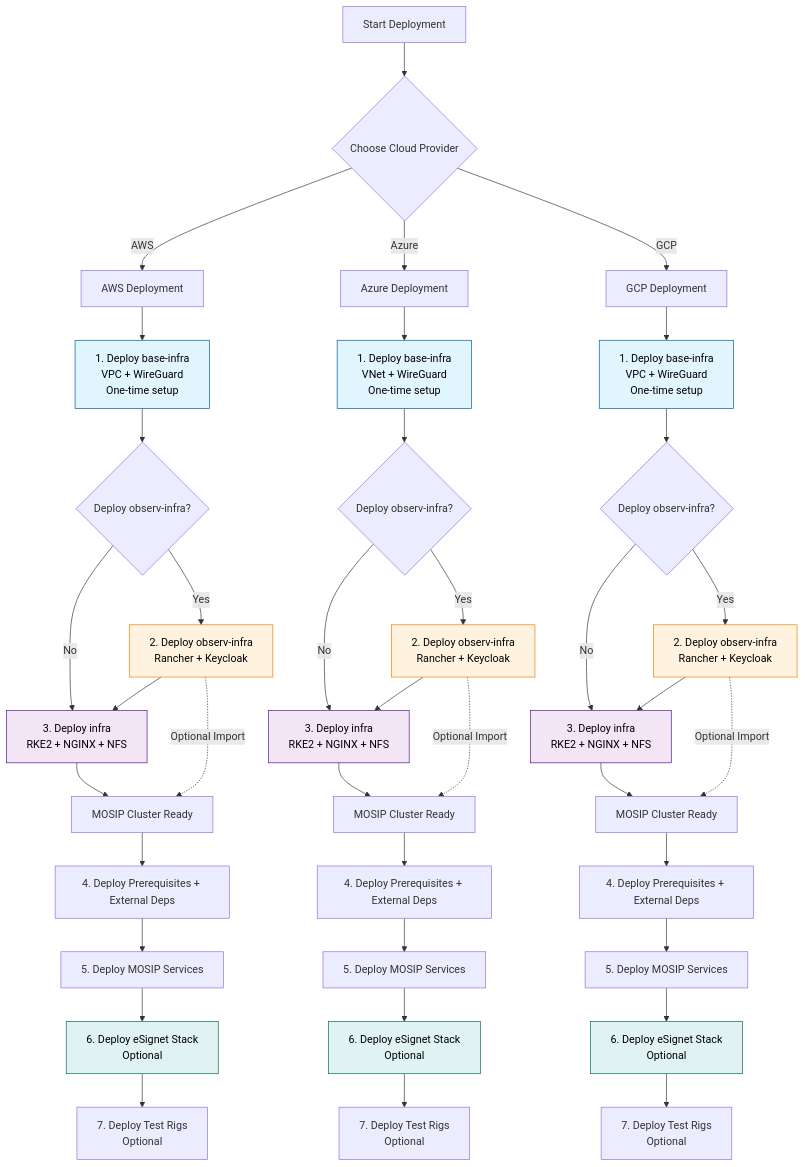
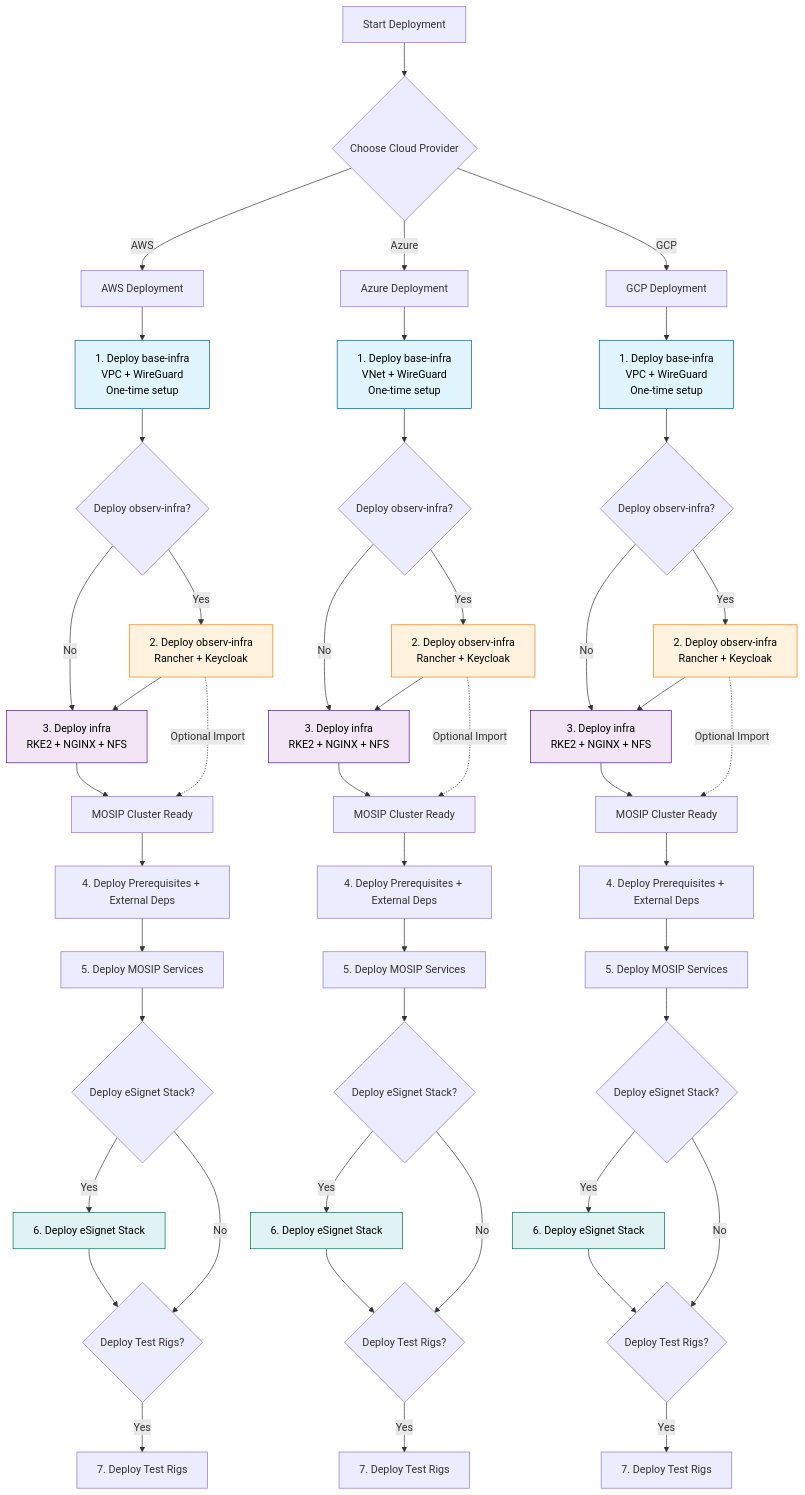
One commit to mosip/infra changed the first of 2 diagrams in docs/_images/ARCHITECTURE_DIAGRAMS.md. Above: the diagram before and after it, drawn with Mermaid.

````diff
--- a/docs/_images/ARCHITECTURE_DIAGRAMS.md
+++ b/docs/_images/ARCHITECTURE_DIAGRAMS.md
@@ -7,63 +7,72 @@
 ```mermaid
 graph TD
  A[Start Deployment] --> B{Choose Cloud Provider}
  B -->|AWS| C[AWS Deployment]
  B -->|Azure| D[Azure Deployment] 
  B -->|GCP| E[GCP Deployment]
  
  C --> F[1. Deploy base-infra<br/>VPC + WireGuard<br/>One-time setup]
  D --> G[1. Deploy base-infra<br/>VNet + WireGuard<br/>One-time setup]
  E --> H[1. Deploy base-infra<br/>VPC + WireGuard<br/>One-time setup]
  
  F --> I{Deploy observ-infra?}
  G --> J{Deploy observ-infra?}
  H --> K{Deploy observ-infra?}
  
  I -->|Yes| L[2. Deploy observ-infra<br/>Rancher + Keycloak]
  I -->|No| M[3. Deploy infra<br/>RKE2 + NGINX + NFS]
  J -->|Yes| N[2. Deploy observ-infra<br/>Rancher + Keycloak]
  J -->|No| O[3. Deploy infra<br/>RKE2 + NGINX + NFS]
  K -->|Yes| P[2. Deploy observ-infra<br/>Rancher + Keycloak]
  K -->|No| Q[3. Deploy infra<br/>RKE2 + NGINX + NFS]
  
  L --> M
  N --> O
  P --> Q
  
  M --> R[MOSIP Cluster Ready]
  O --> S[MOSIP Cluster Ready]
  Q --> T[MOSIP Cluster Ready]
  
  L -.->|Optional Import| R
  N -.->|Optional Import| S
  P -.->|Optional Import| T
  
  R --> R1[4. Deploy Prerequisites + External Deps]
  S --> S1[4. Deploy Prerequisites + External Deps]
  T --> T1[4. Deploy Prerequisites + External Deps]
  
  R1 --> R2[5. Deploy MOSIP Services]
  S1 --> S2[5. Deploy MOSIP Services]
  T1 --> T2[5. Deploy MOSIP Services]
  
- R2 --> R3[6. Deploy eSignet Stack<br/>Optional]
- S2 --> S3[6. Deploy eSignet Stack<br/>Optional]
- T2 --> T3[6. Deploy eSignet Stack<br/>Optional]
+ R2 --> RE{Deploy eSignet Stack?}
+ S2 --> SE{Deploy eSignet Stack?}
+ T2 --> TE{Deploy eSignet Stack?}
+ RE -->|Yes| R3[6. Deploy eSignet Stack]
+ SE -->|Yes| S3[6. Deploy eSignet Stack]
+ TE -->|Yes| T3[6. Deploy eSignet Stack]
  
- R3 --> R4[7. Deploy Test Rigs<br/>Optional]
- S3 --> S4[7. Deploy Test Rigs<br/>Optional]
- T3 --> T4[7. Deploy Test Rigs<br/>Optional]
+ R3 --> RT{Deploy Test Rigs?}
+ S3 --> ST{Deploy Test Rigs?}
+ T3 --> TT{Deploy Test Rigs?}
+ RE -->|No| RT
+ SE -->|No| ST
+ TE -->|No| TT
+ RT -->|Yes| R4[7. Deploy Test Rigs]
+ ST -->|Yes| S4[7. Deploy Test Rigs]
+ TT -->|Yes| T4[7. Deploy Test Rigs]
  
  style F fill:#e1f5fe,stroke:#01579b,color:#000000
  style G fill:#e1f5fe,stroke:#01579b,color:#000000
  style H fill:#e1f5fe,stroke:#01579b,color:#000000
  style L fill:#fff3e0,stroke:#f57c00,color:#000000
  style N fill:#fff3e0,stroke:#f57c00,color:#000000
  style P fill:#fff3e0,stroke:#f57c00,color:#000000
  style M fill:#f3e5f5,stroke:#4a148c,color:#000000
  style O fill:#f3e5f5,stroke:#4a148c,color:#000000
  style Q fill:#f3e5f5,stroke:#4a148c,color:#000000
  style R3 fill:#e0f2f1,stroke:#00695c,color:#000000
  style S3 fill:#e0f2f1,stroke:#00695c,color:#000000
  style T3 fill:#e0f2f1,stroke:#00695c,color:#000000
 ```
````
